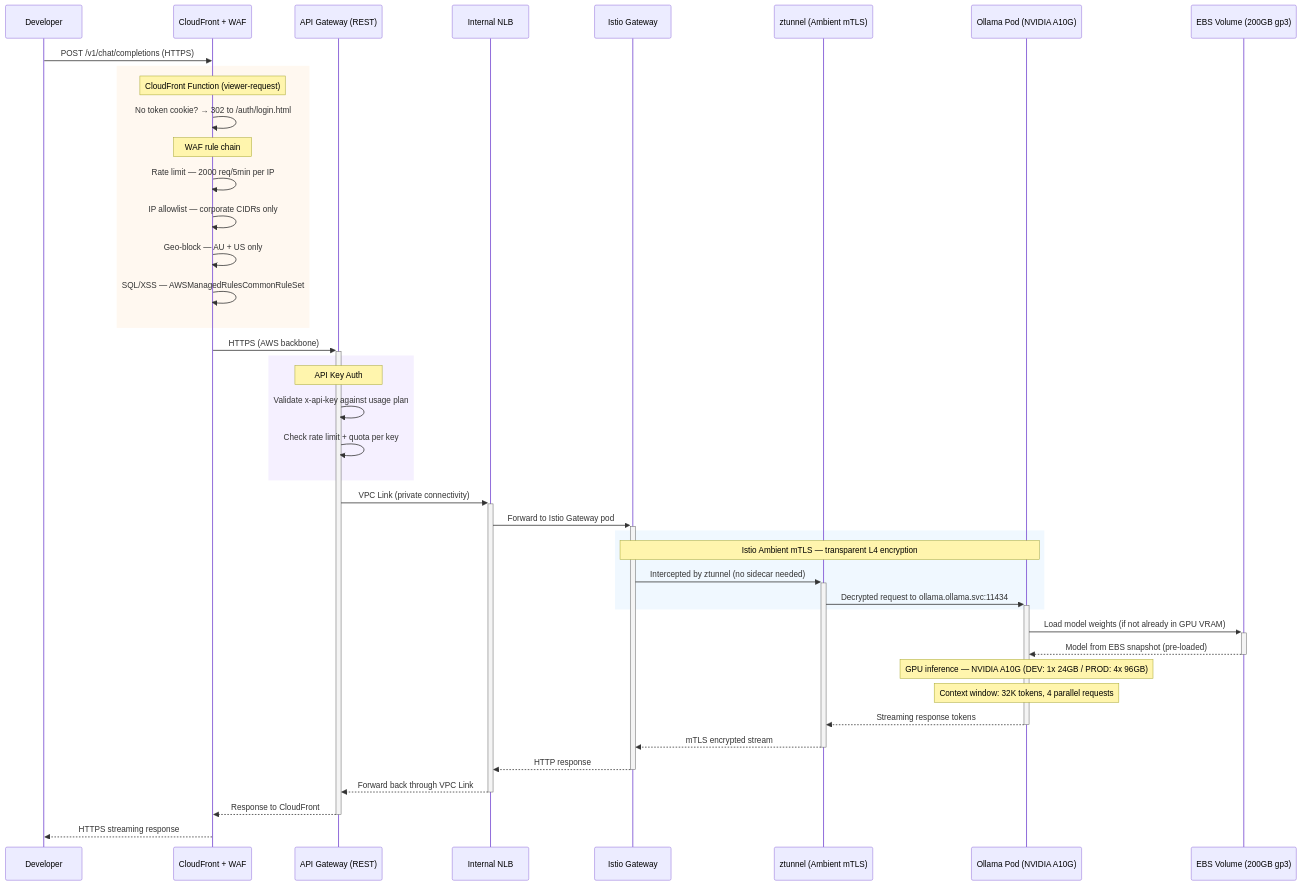
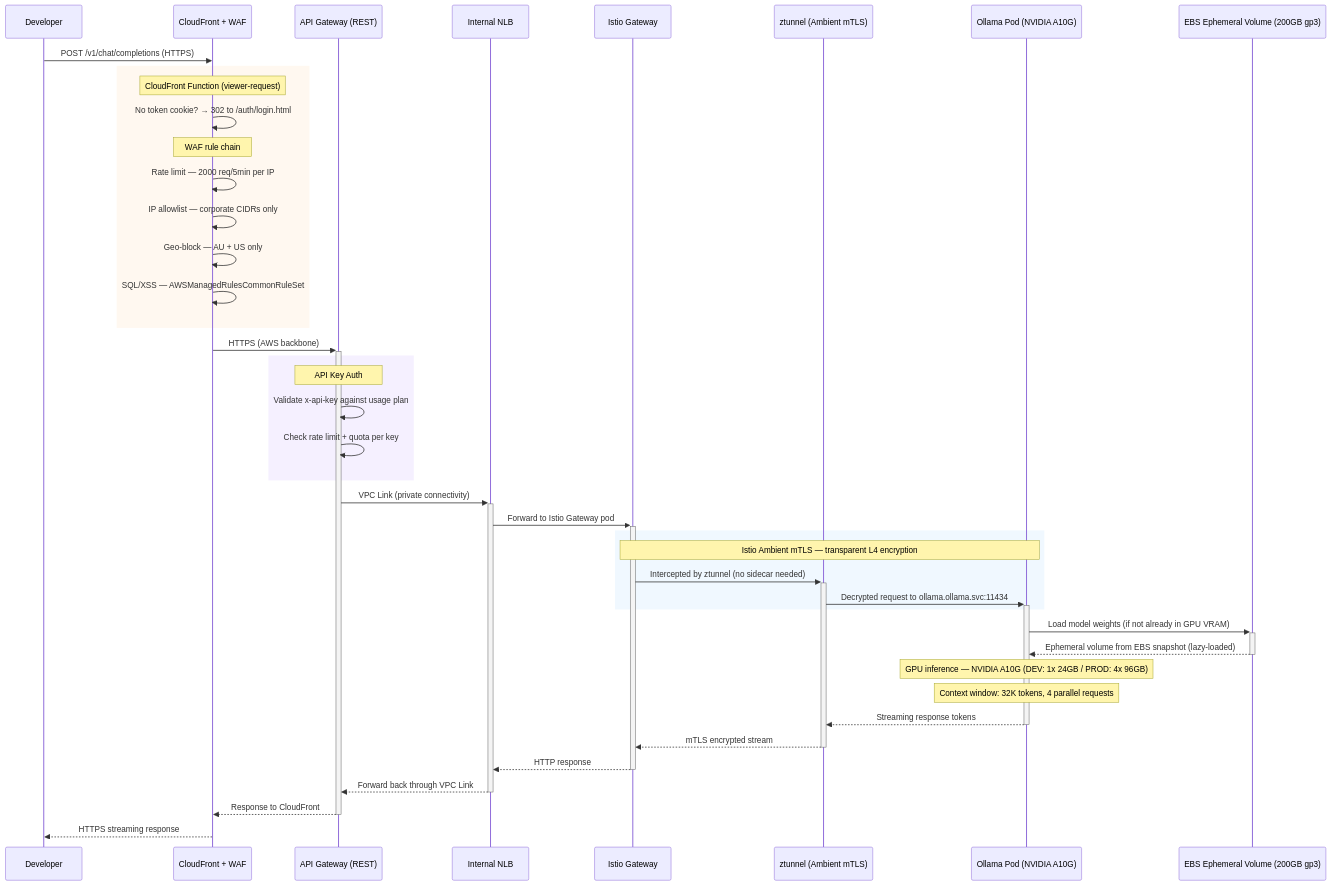
The third of 6 diagrams in README.md (shanaka-versent/Ollama-on-EKS), drawn with Mermaid before and after one commit. The commit also changed other lines of this file and 1 other file, not shown here.

First line of the commit message:
docs: add GPU lifecycle + KEDA state diagrams, consolidate README (#43)

````diff
--- a/README.md
+++ b/README.md
@@ -232,53 +232,53 @@
 ```mermaid
 sequenceDiagram
     participant Dev as Developer
     participant CF as CloudFront + WAF
     participant APIGW as API Gateway (REST)
     participant NLB as Internal NLB
     participant IGW as Istio Gateway
     participant ZT as ztunnel (Ambient mTLS)
     participant OLM as Ollama Pod (NVIDIA A10G)
-    participant EBS as EBS Volume (200GB gp3)
+    participant EBS as EBS Ephemeral Volume (200GB gp3)
 
     Dev->>CF: POST /v1/chat/completions (HTTPS)
 
     rect rgb(255, 248, 240)
         Note over CF: CloudFront Function (viewer-request)
         CF->>CF: No token cookie? → 302 to /auth/login.html
         Note over CF: WAF rule chain
         CF->>CF: Rate limit — 2000 req/5min per IP
         CF->>CF: IP allowlist — corporate CIDRs only
         CF->>CF: Geo-block — AU + US only
         CF->>CF: SQL/XSS — AWSManagedRulesCommonRuleSet
     end
 
     CF->>+APIGW: HTTPS (AWS backbone)
 
     rect rgb(245, 240, 255)
         Note over APIGW: API Key Auth
         APIGW->>APIGW: Validate x-api-key against usage plan
         APIGW->>APIGW: Check rate limit + quota per key
     end
 
     APIGW->>+NLB: VPC Link (private connectivity)
     NLB->>+IGW: Forward to Istio Gateway pod
 
     rect rgb(240, 248, 255)
         Note over IGW,OLM: Istio Ambient mTLS — transparent L4 encryption
         IGW->>+ZT: Intercepted by ztunnel (no sidecar needed)
         ZT->>+OLM: Decrypted request to ollama.ollama.svc:11434
     end
 
     OLM->>+EBS: Load model weights (if not already in GPU VRAM)
-    EBS-->>-OLM: Model from EBS snapshot (pre-loaded)
+    EBS-->>-OLM: Ephemeral volume from EBS snapshot (lazy-loaded)
 
     Note over OLM: GPU inference — NVIDIA A10G (DEV: 1x 24GB / PROD: 4x 96GB)
     Note over OLM: Context window: 32K tokens, 4 parallel requests
 
     OLM-->>-ZT: Streaming response tokens
     ZT-->>-IGW: mTLS encrypted stream
     IGW-->>-NLB: HTTP response
     NLB-->>-APIGW: Forward back through VPC Link
     APIGW-->>-CF: Response to CloudFront
     CF-->>Dev: HTTPS streaming response
 ```
````
